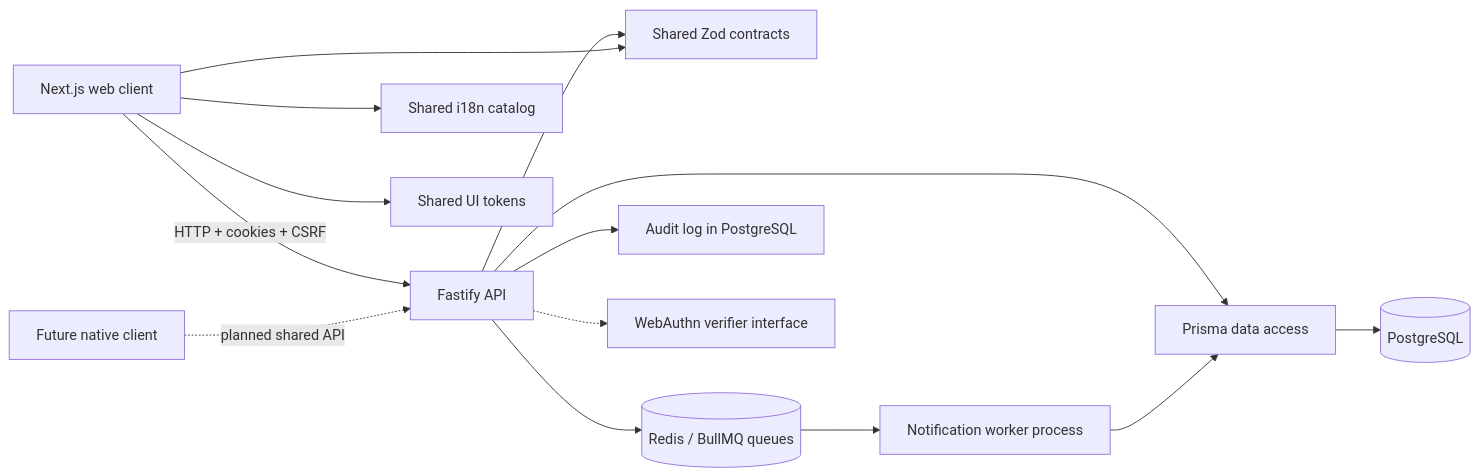
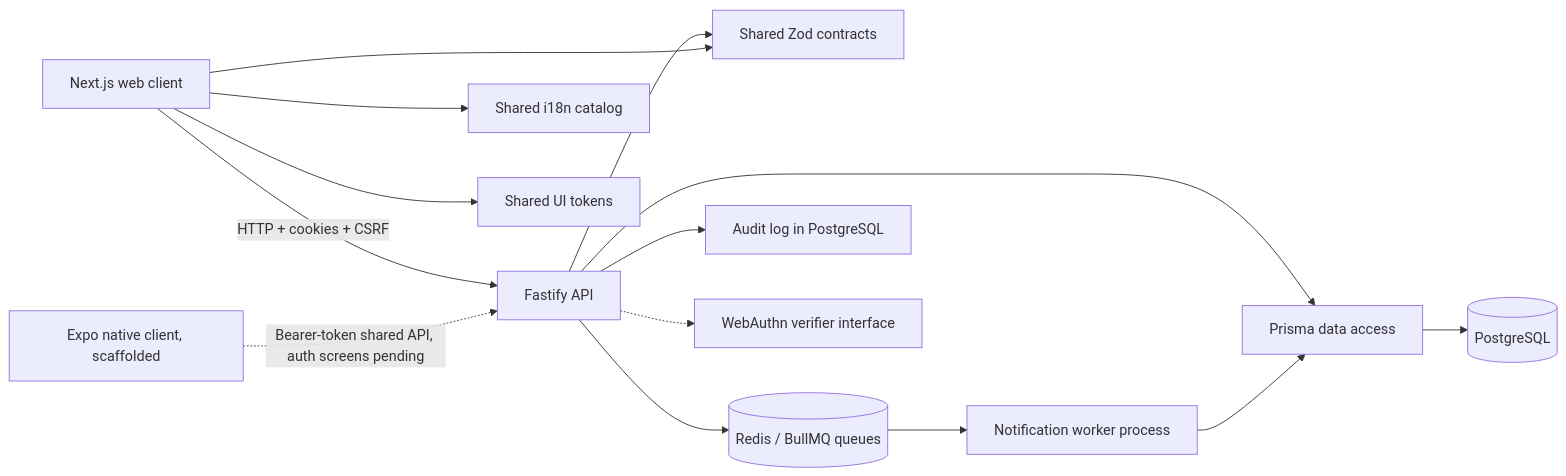
The diagram in docs/architecture.md (kazes5/soccer), drawn with Mermaid before and after one commit. The commit also changed other lines of this file and 31 other files, not shown here.

First line of the commit message:
Stage 8 Checkpoints 1-2: Expo scaffold + native locale/RTL provider

````diff
--- a/docs/architecture.md
+++ b/docs/architecture.md
@@ -23,16 +23,16 @@
 ```mermaid
 flowchart LR
     Browser[Next.js web client] -->|HTTP + cookies + CSRF| API[Fastify API]
-    Mobile[Future native client] -.->|planned shared API| API
+    Mobile[Expo native client, scaffolded] -.->|Bearer-token shared API, auth screens pending| API
     API --> Contracts[Shared Zod contracts]
     Browser --> Contracts
     Browser --> I18n[Shared i18n catalog]
     Browser --> Tokens[Shared UI tokens]
     API --> Prisma[Prisma data access]
     Prisma --> Postgres[(PostgreSQL)]
     API --> Redis[(Redis / BullMQ queues)]
     Redis --> Worker[Notification worker process]
     Worker --> Prisma
     API --> Audit[Audit log in PostgreSQL]
     API -.-> Provider[WebAuthn verifier interface]
 ```
````
